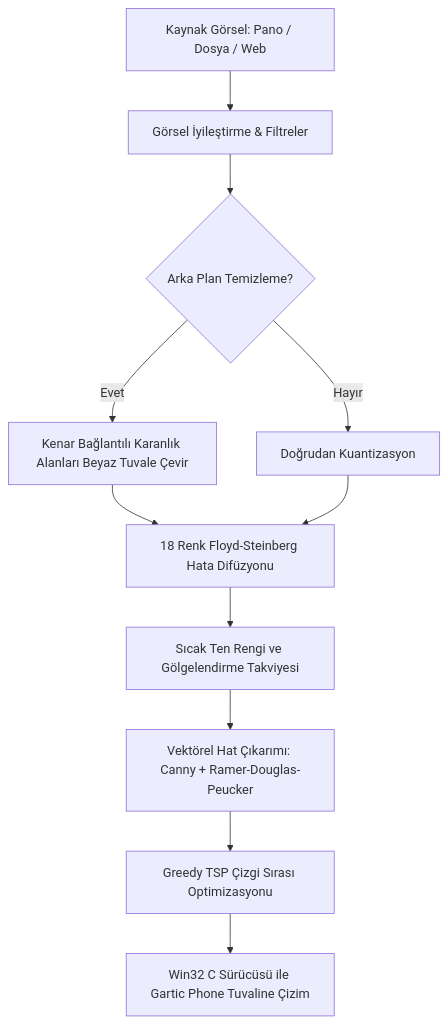
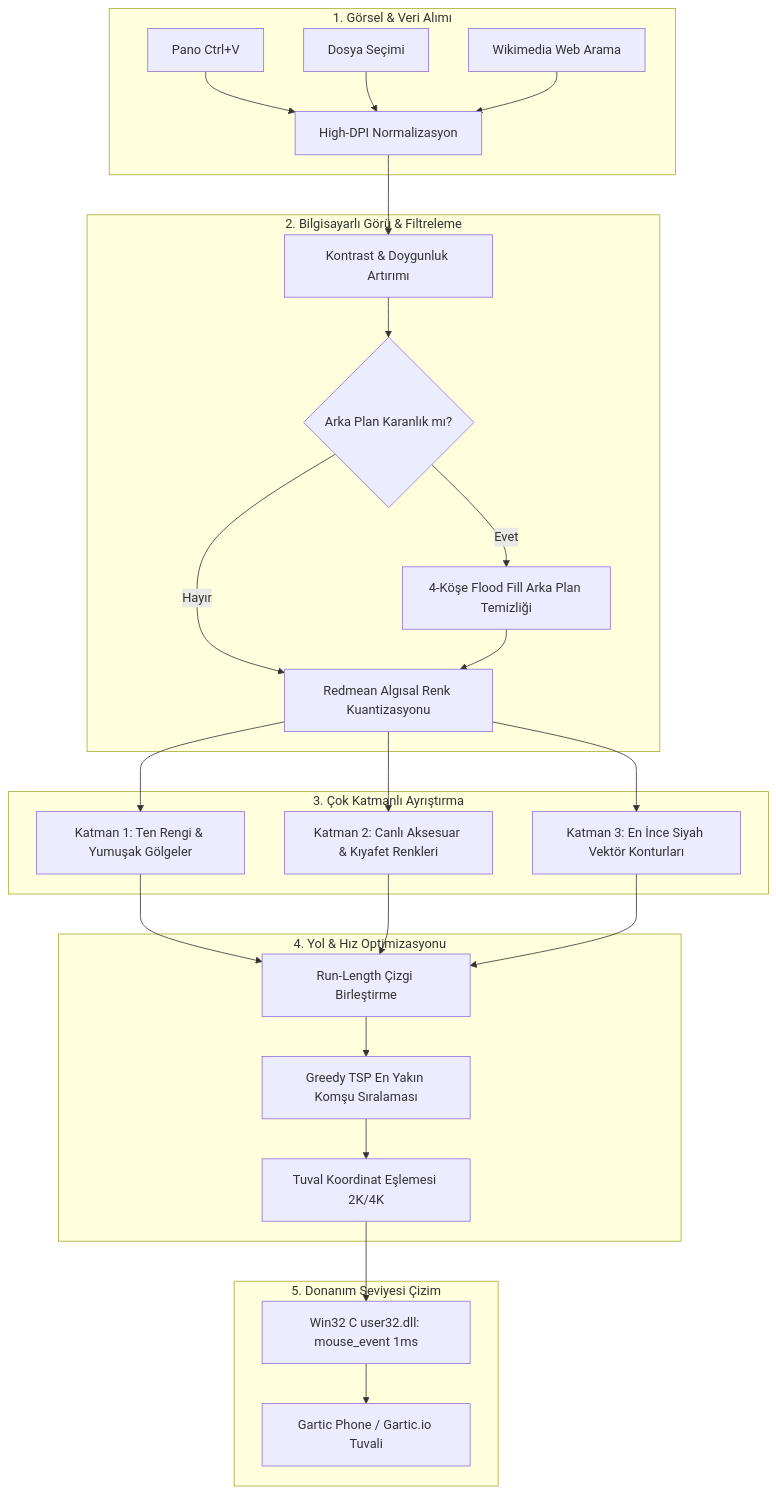
Before and after one commit to toprakahmetaydogmus/gartic-autodraw-pro: the diagram in README.md, drawn with Mermaid. The commit also changed other lines of this file, not shown here.

Commit message:
docs: enrich README with comprehensive technical architecture and guides

````diff
--- a/README.md
+++ b/README.md
@@ -45,13 +84,33 @@
 ```mermaid
-graph TD
-    A[Kaynak Görsel: Pano / Dosya / Web] --> B[Görsel İyileştirme & Filtreler]
-    B --> C{Arka Plan Temizleme?}
-    C -->|Evet| D[Kenar Bağlantılı Karanlık Alanları Beyaz Tuvale Çevir]
-    C -->|Hayır| E[Doğrudan Kuantizasyon]
-    D --> F[18 Renk Floyd-Steinberg Hata Difüzyonu]
-    E --> F
-    F --> G[Sıcak Ten Rengi ve Gölgelendirme Takviyesi]
-    G --> H[Vektörel Hat Çıkarımı: Canny + Ramer-Douglas-Peucker]
-    H --> I[Greedy TSP Çizgi Sırası Optimizasyonu]
-    I --> J[Win32 C Sürücüsü ile Gartic Phone Tuvaline Çizim]
+flowchart TD
+    subgraph Girdi ["1. Görsel & Veri Alımı"]
+        IN1[Pano Ctrl+V] --> NORM[High-DPI Normalizasyon]
+        IN2[Dosya Seçimi] --> NORM
+        IN3[Wikimedia Web Arama] --> NORM
+    end
+
+    subgraph Filtreleme ["2. Bilgisayarlı Görü & Filtreleme"]
+        NORM --> ADJ[Kontrast & Doygunluk Artırımı]
+        ADJ --> BG{Arka Plan Karanlık mı?}
+        BG -->|Evet| FLOOD[4-Köşe Flood Fill Arka Plan Temizliği]
+        BG -->|Hayır| DITH
+        FLOOD --> DITH[Redmean Algısal Renk Kuantizasyonu]
+    end
+
+    subgraph Katmanlama ["3. Çok Katmanlı Ayrıştırma"]
+        DITH --> L1[Katman 1: Ten Rengi & Yumuşak Gölgeler]
+        DITH --> L2[Katman 2: Canlı Aksesuar & Kıyafet Renkleri]
+        DITH --> L3[Katman 3: En İnce Siyah Vektör Konturları]
+    end
+
+    subgraph Optimizasyon ["4. Yol & Hız Optimizasyonu"]
+        L1 & L2 & L3 --> RLE[Run-Length Çizgi Birleştirme]
+        RLE --> TSP[Greedy TSP En Yakın Komşu Sıralaması]
+        TSP --> CANVAS[Tuval Koordinat Eşlemesi 2K/4K]
+    end
+
+    subgraph Cizim ["5. Donanım Seviyesi Çizim"]
+        CANVAS --> WIN32[Win32 C user32.dll: mouse_event 1ms]
+        WIN32 --> GARTIC[Gartic Phone / Gartic.io Tuvali]
+    end
 ```
````
